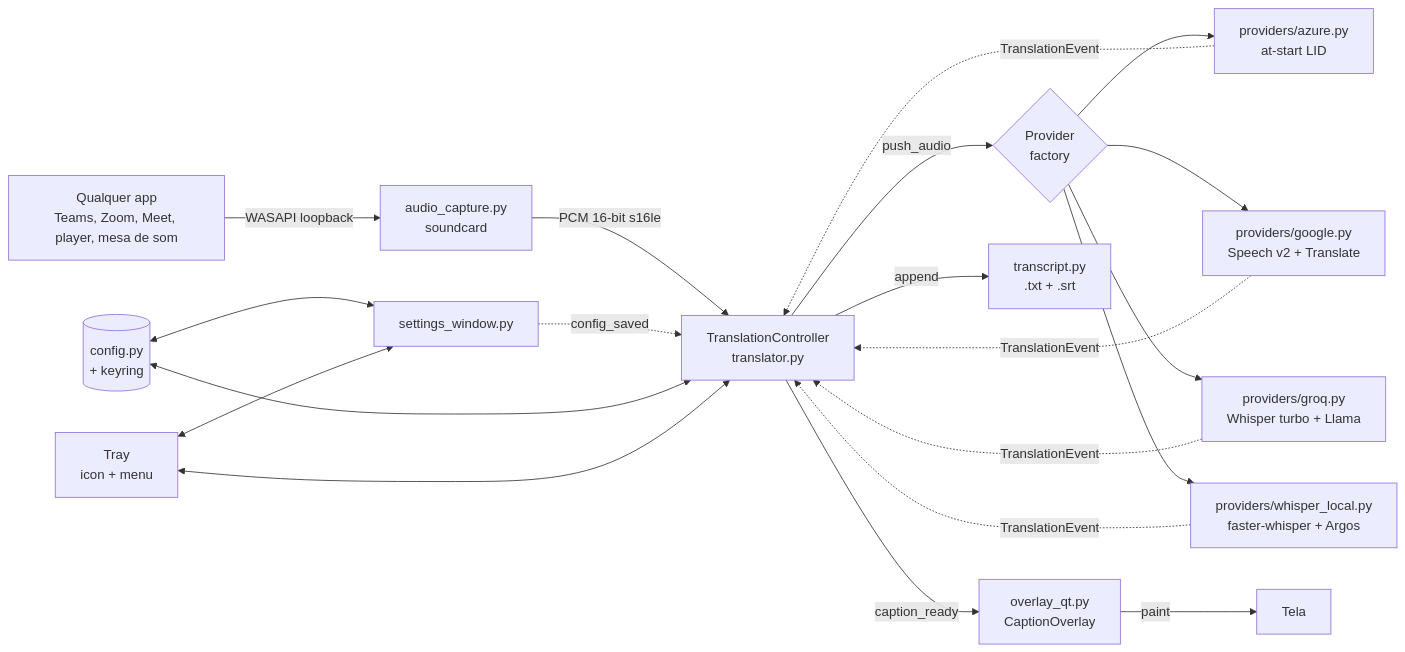
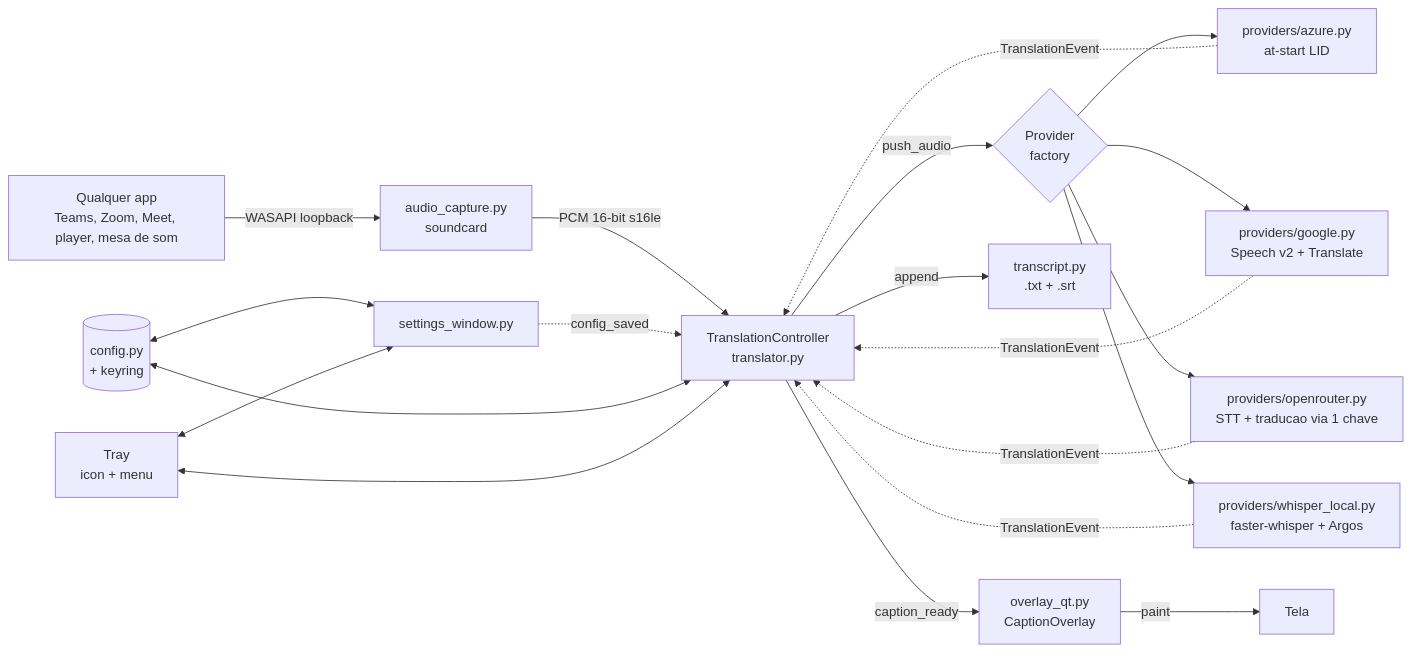
The diagram in README.md (caiofabio1/captionband), drawn with Mermaid before and after one commit. The commit also changed other lines of this file and 29 other files, not shown here.

````diff
--- a/README.md
+++ b/README.md
@@ -69,22 +69,22 @@
 ```mermaid
 flowchart LR
     SRC[Qualquer app<br/>Teams, Zoom, Meet, player, mesa de som] -->|WASAPI loopback| AC[audio_capture.py<br/>soundcard]
     AC -->|PCM 16-bit s16le| TC[TranslationController<br/>translator.py]
     TC -->|push_audio| PROV{Provider<br/>factory}
     PROV --> AZ[providers/azure.py<br/>at-start LID]
     PROV --> GG[providers/google.py<br/>Speech v2 + Translate]
-    PROV --> GR[providers/groq.py<br/>Whisper turbo + Llama]
+    PROV --> GR[providers/openrouter.py<br/>STT + traducao via 1 chave]
     PROV --> WL[providers/whisper_local.py<br/>faster-whisper + Argos]
     AZ -.->|TranslationEvent| TC
     GG -.->|TranslationEvent| TC
     GR -.->|TranslationEvent| TC
     WL -.->|TranslationEvent| TC
     TC -->|caption_ready| OV[overlay_qt.py<br/>CaptionOverlay]
     TC -->|append| TX[transcript.py<br/>.txt + .srt]
     OV -->|paint| Screen[Tela]
     SW[settings_window.py] -.->|config_saved| TC
     CFG[(config.py<br/>+ keyring)] <--> TC
     CFG <--> SW
     TR[Tray<br/>icon + menu] <--> TC
     TR <--> SW
 ```
````
